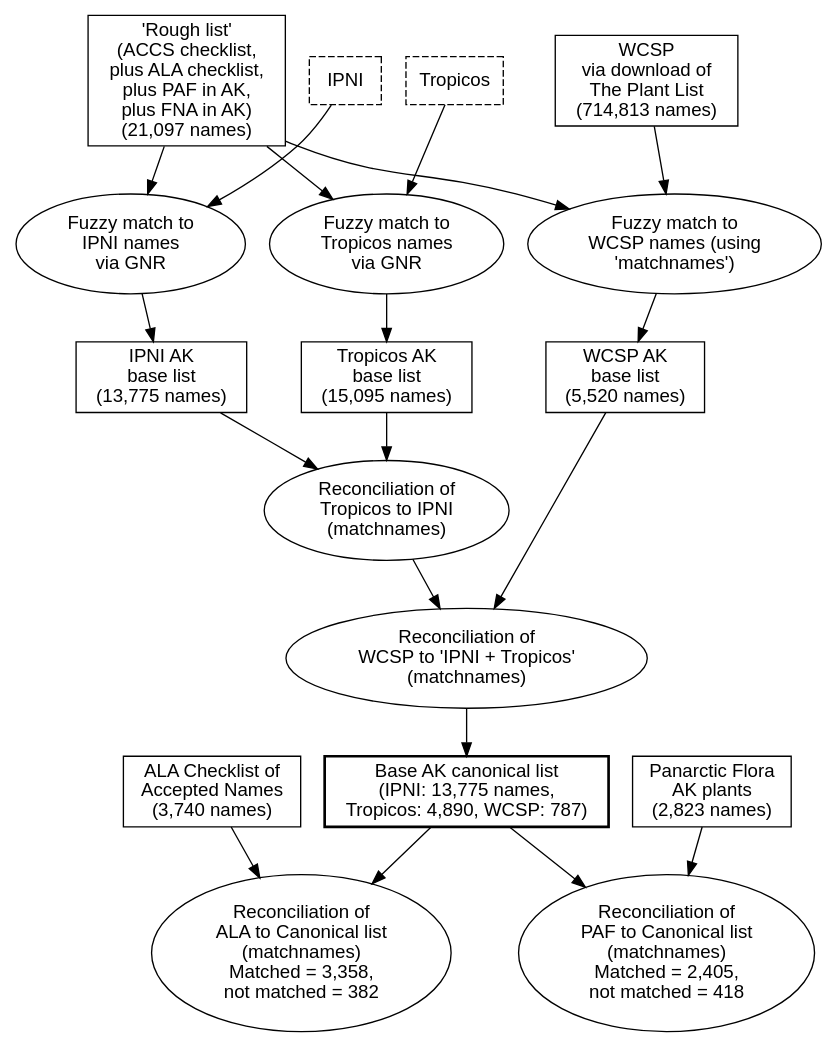
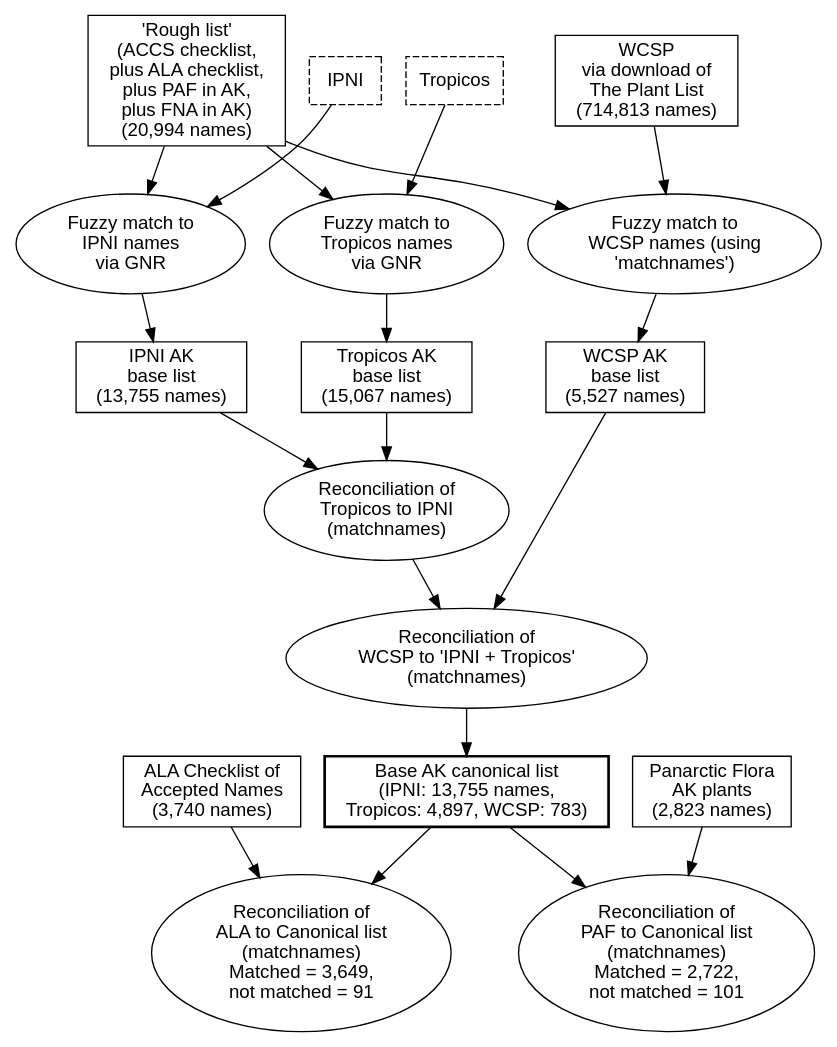
The diagram in figs/assembly1.dot (camwebb/akflora), drawn with Graphviz before and after one commit. The commit also changed 7 other files, not shown here.

```diff
--- a/figs/assembly1.dot
+++ b/figs/assembly1.dot
@@ -1,63 +1,63 @@
 /* dot -T png test.dot > test.png */
 
 digraph structure {
     rankdir="TB";
     newrank=true; 
     node [fontname="Helvetica",shape=box];
     edge [fontname="Courier", len=1.5, arrowhead=normal];
 
     { rank=same; wcsp; ipni; trop; accs}
     { rank=same; wcsp2; ipni2; trop2 }
     { rank=same; base; ala; paf}
 
-    accs [label="'Rough list'\n(ACCS checklist,\nplus ALA checklist,\nplus PAF in AK,\nplus FNA in AK)\n(21,097 names)"];
+    accs [label="'Rough list'\n(ACCS checklist,\nplus ALA checklist,\nplus PAF in AK,\nplus FNA in AK)\n(20,994 names)"];
     ipni [label="IPNI",style=dashed];
     trop [label="Tropicos",style=dashed];
     wcsp [label="WCSP\nvia download of\nThe Plant List\n(714,813 names)"];
     accs -> ipni -> trop -> wcsp [style=invis];
     
 
     accsXipni [label="Fuzzy match to\nIPNI names\nvia GNR",shape=oval];
     ipni -> accsXipni;
     accs -> accsXipni;
 
     accsXtrop [label="Fuzzy match to\nTropicos names\nvia GNR",shape=oval];
     trop -> accsXtrop;
     accs -> accsXtrop;
 
     accsXwcsp [label="Fuzzy match to\nWCSP names (using\n'matchnames')",shape=oval];
     wcsp -> accsXwcsp;
     accs -> accsXwcsp;
 
-    ipni2 [label="IPNI AK\nbase list\n(13,775 names)"];
-    trop2 [label="Tropicos AK\nbase list\n(15,095 names)"];
-    wcsp2 [label="WCSP AK\nbase list\n(5,520 names)"];
+    ipni2 [label="IPNI AK\nbase list\n(13,755 names)"];
+    trop2 [label="Tropicos AK\nbase list\n(15,067 names)"];
+    wcsp2 [label="WCSP AK\nbase list\n(5,527 names)"];
     accsXtrop -> trop2;
     accsXipni -> ipni2;
     accsXwcsp -> wcsp2;
     
     
     ipniXtrop [label="Reconciliation of\nTropicos to IPNI\n(matchnames)",shape=oval];
     ipni2 -> ipniXtrop;
     trop2 -> ipniXtrop;
 
     iptrXwcsp [label="Reconciliation of\nWCSP to 'IPNI + Tropicos'\n(matchnames)",shape=oval];
     ipniXtrop -> iptrXwcsp;
     wcsp2 -> iptrXwcsp;
 
-    base [label="Base AK canonical list\n(IPNI: 13,775 names,\nTropicos: 4,890, WCSP: 787)",style=bold];
+    base [label="Base AK canonical list\n(IPNI: 13,755 names,\nTropicos: 4,897, WCSP: 783)",style=bold];
     iptrXwcsp -> base;
     
     ala [label="ALA Checklist of\nAccepted Names\n(3,740 names)"]
 
-    alaXbase [label="Reconciliation of\nALA to Canonical list\n(matchnames)\nMatched = 3,358,\nnot matched = 382",shape=oval];
+    alaXbase [label="Reconciliation of\nALA to Canonical list\n(matchnames)\nMatched = 3,649,\nnot matched = 91",shape=oval];
     ala -> alaXbase;
     base -> alaXbase;
 
     paf [label="Panarctic Flora\nAK plants\n(2,823 names)"]
 
-    pafXbase [label="Reconciliation of\nPAF to Canonical list\n(matchnames)\nMatched = 2,405,\nnot matched = 418",shape=oval];
+    pafXbase [label="Reconciliation of\nPAF to Canonical list\n(matchnames)\nMatched = 2,722,\nnot matched = 101",shape=oval];
     paf -> pafXbase;
     base -> pafXbase;
 
 }
```
